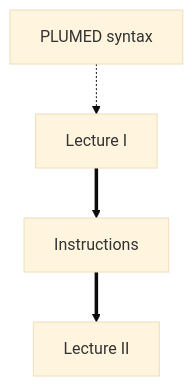
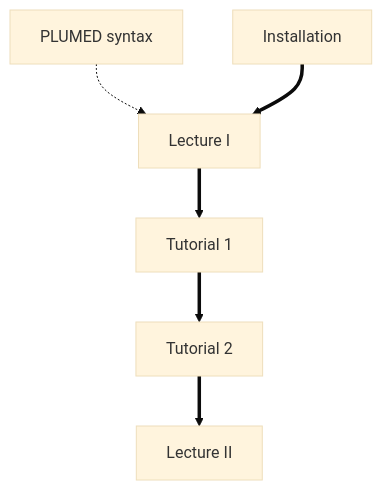
The diagram in NAVIGATION.md (maxbonomi/EMMIVox-Plumed-Tutorials), drawn with Mermaid (base theme) before and after one commit. The commit also changed other lines of this file and 3 other files, not shown here.

````diff
--- a/NAVIGATION.md
+++ b/NAVIGATION.md
@@ -10,10 +51,14 @@
 ```mermaid
 flowchart TB;
-  A[PLUMED syntax] -.-> B[Lecture I] 
-  B ==> C[Instructions];
-  C ==> D[Lecture II];
+  A[PLUMED syntax] -.-> C[Lecture I] 
+  B[Installation] ==> C[Lecture I]
+  C ==> D[Tutorial 1];
+  D ==> E[Tutorial 2];
+  E ==> F[Lecture II];
   click A "ref1" "This lesson teaches you the basic features of the PLUMED input syntax with a particular focus on PBCs and selection tools";
-  click B "video1" "A lecture that was given on November 28th 2022 as part of the PLUMED masterclass series that introduces you to the exercises in this lesson";
-  click C "INSTRUCTIONS.md" "The instructions for the exercises";
-  click D "video2" "A lecture that was given on December 5th 2022 as part of the PLUMED masterclass series that goes through the solutions to the exercises in the lesson";
+  click B "install.md" "Installation instructions";
+  click C "video1" "A lecture that was given on November 28th 2022 as part of the PLUMED masterclass series that introduces you to the exercises in this lesson";
+  click D "01.md" "First tutorial to perform single-structure refinement with EMMIVox";
+  click E "02.md" "Second tutorial to perform ensemble refinement with EMMIVox";
+  click F "video2" "A lecture that was given on December 5th 2022 as part of the PLUMED masterclass series that goes through the solutions to the exercises in the lesson";
 ```
````
